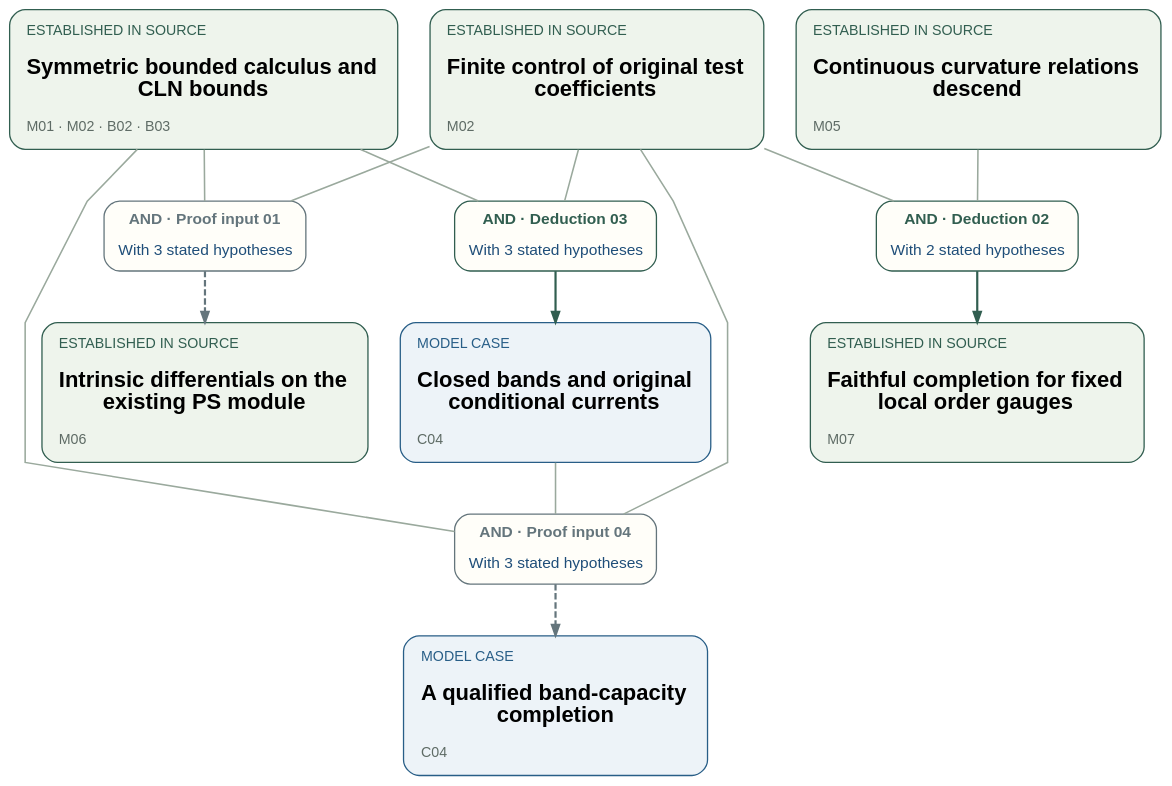
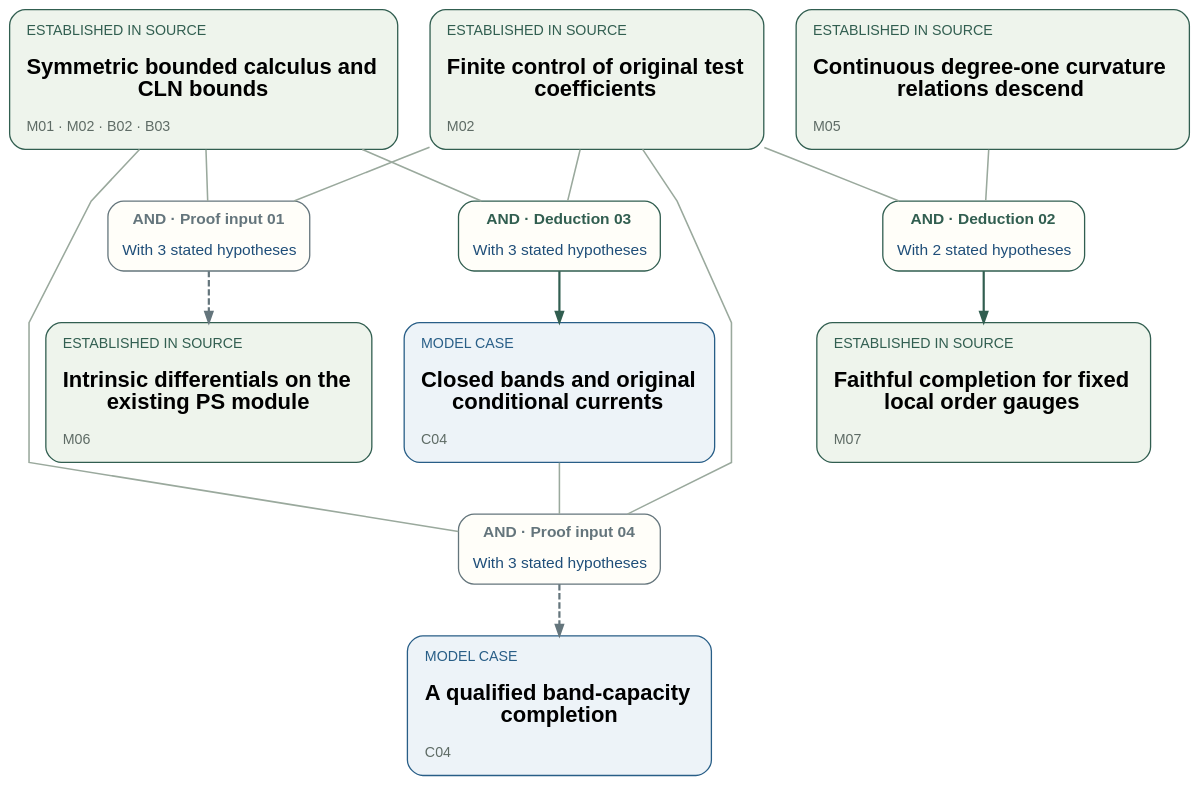
The diagram in content/bedford-taylor/logic-diagrams/bounded-calculus-and-relative-capacity-core-module-bands-panel.dot (DongKaicheng/math-research-atlas), drawn with Graphviz before and after one commit. The commit also changed 31 other files, not shown here.

First line of the commit message:
Add the overall Bedford–Taylor logical map

```diff
--- a/content/bedford-taylor/logic-diagrams/bounded-calculus-and-relative-capacity-core-module-bands-panel.dot
+++ b/content/bedford-taylor/logic-diagrams/bounded-calculus-and-relative-capacity-core-module-bands-panel.dot
@@ -4,7 +4,7 @@
 edge [fontname="Arial",fontsize=12,color="#315e50",penwidth=1.7,arrowsize=0.8];
 "n-core-coefficient-control" [id="bounded-calculus-and-relative-capacity-core-module-bands-panel-n-core-coefficient-control",label=<<TABLE BORDER="0" CELLBORDER="0" CELLSPACING="0" CELLPADDING="7"><TR><TD ALIGN="LEFT"><FONT POINT-SIZE="11" COLOR="#315e50">ESTABLISHED IN SOURCE</FONT></TD></TR><TR><TD ALIGN="LEFT"><FONT POINT-SIZE="17"><B>Finite control of original test<BR ALIGN="LEFT"/>coefficients</B></FONT></TD></TR><TR><TD ALIGN="LEFT"><FONT POINT-SIZE="11" COLOR="#5e6b65">M02</FONT></TD></TR></TABLE>>,color="#315e50",fillcolor="#eef4ec",URL="/math-research-atlas/projects/bedford-taylor/papers/bedford-taylor-products/#lem:finite-control",tooltip="A positive current has Radon coefficient measures. On each compact original test presentation, one positive trace controls all coefficient variations and bounded Borel multiplication. Positivity and the estimate survive actual moment refinements, including rank drops."];
 "n-core-bounded-calculus" [id="bounded-calculus-and-relative-capacity-core-module-bands-panel-n-core-bounded-calculus",label=<<TABLE BORDER="0" CELLBORDER="0" CELLSPACING="0" CELLPADDING="7"><TR><TD ALIGN="LEFT"><FONT POINT-SIZE="11" COLOR="#315e50">ESTABLISHED IN SOURCE</FONT></TD></TR><TR><TD ALIGN="LEFT"><FONT POINT-SIZE="17"><B>Symmetric bounded calculus and<BR ALIGN="LEFT"/>CLN bounds</B></FONT></TD></TR><TR><TD ALIGN="LEFT"><FONT POINT-SIZE="11" COLOR="#5e6b65">M01 · M02 · B02 · B03</FONT></TD></TR></TABLE>>,color="#315e50",fillcolor="#eef4ec",URL="/math-research-atlas/projects/bedford-taylor/papers/bedford-taylor-products/#cor:full-calculus",tooltip="Ordered products become symmetric in their potential slots, while retaining positivity, separate closedness, ordinary locality and weighted decreasing continuity. Relative CLN bounds control compact coefficient mass. This node does not yet assert that changing a potential while preserving its curvature leaves every background product unchanged."];
-"n-core-continuous-module" [id="bounded-calculus-and-relative-capacity-core-module-bands-panel-n-core-continuous-module",label=<<TABLE BORDER="0" CELLBORDER="0" CELLSPACING="0" CELLPADDING="7"><TR><TD ALIGN="LEFT"><FONT POINT-SIZE="11" COLOR="#315e50">ESTABLISHED IN SOURCE</FONT></TD></TR><TR><TD ALIGN="LEFT"><FONT POINT-SIZE="17"><B>Continuous curvature relations<BR ALIGN="LEFT"/>descend</B></FONT></TD></TR><TR><TD ALIGN="LEFT"><FONT POINT-SIZE="11" COLOR="#5e6b65">M05</FONT></TD></TR></TABLE>>,color="#315e50",fillcolor="#eef4ec",URL="/math-research-atlas/projects/bedford-taylor/papers/bedford-taylor-products/#thm:continuous-relations",tooltip="Finite continuous-coefficient relations between degree-one curvature currents remain relations after inserting a fixed positive closed background. Applying this one slot at a time gives a well-defined positive symmetric mixed operation on the continuous curvature module."];
+"n-core-continuous-module" [id="bounded-calculus-and-relative-capacity-core-module-bands-panel-n-core-continuous-module",label=<<TABLE BORDER="0" CELLBORDER="0" CELLSPACING="0" CELLPADDING="7"><TR><TD ALIGN="LEFT"><FONT POINT-SIZE="11" COLOR="#315e50">ESTABLISHED IN SOURCE</FONT></TD></TR><TR><TD ALIGN="LEFT"><FONT POINT-SIZE="17"><B>Continuous degree-one curvature<BR ALIGN="LEFT"/>relations descend</B></FONT></TD></TR><TR><TD ALIGN="LEFT"><FONT POINT-SIZE="11" COLOR="#5e6b65">M05</FONT></TD></TR></TABLE>>,color="#315e50",fillcolor="#eef4ec",URL="/math-research-atlas/projects/bedford-taylor/papers/bedford-taylor-products/#thm:continuous-relations",tooltip="Finite continuous-coefficient relations between degree-one curvature currents remain relations after inserting a fixed positive closed background. Applying this one slot at a time gives a well-defined positive symmetric mixed operation on the continuous curvature module."];
 "n-core-pws-module" [id="bounded-calculus-and-relative-capacity-core-module-bands-panel-n-core-pws-module",label=<<TABLE BORDER="0" CELLBORDER="0" CELLSPACING="0" CELLPADDING="7"><TR><TD ALIGN="LEFT"><FONT POINT-SIZE="11" COLOR="#315e50">ESTABLISHED IN SOURCE</FONT></TD></TR><TR><TD ALIGN="LEFT"><FONT POINT-SIZE="17"><B>Intrinsic differentials on the<BR ALIGN="LEFT"/>existing PS module</B></FONT></TD></TR><TR><TD ALIGN="LEFT"><FONT POINT-SIZE="11" COLOR="#5e6b65">M06</FONT></TD></TR></TABLE>>,color="#315e50",fillcolor="#eef4ec",URL="/math-research-atlas/projects/bedford-taylor/sources/view/cf8ed88e70d3/#thm:r10-pws-derivative-radon-closure",tooltip="Finite actual tangentially compatible piecewise-smooth coefficients times allowed closed currents have intrinsic coefficient-Radon derivatives. The corrected bounded-potential insertion agrees with inserting into each closed tail, is independent of the chosen presentation, and retains the stated differential and symmetry identities. General higher delta-form relation descent is not included."];
 "n-core-order-completion" [id="bounded-calculus-and-relative-capacity-core-module-bands-panel-n-core-order-completion",label=<<TABLE BORDER="0" CELLBORDER="0" CELLSPACING="0" CELLPADDING="7"><TR><TD ALIGN="LEFT"><FONT POINT-SIZE="11" COLOR="#315e50">ESTABLISHED IN SOURCE</FONT></TD></TR><TR><TD ALIGN="LEFT"><FONT POINT-SIZE="17"><B>Faithful completion for fixed<BR ALIGN="LEFT"/>local order gauges</B></FONT></TD></TR><TR><TD ALIGN="LEFT"><FONT POINT-SIZE="11" COLOR="#5e6b65">M07</FONT></TD></TR></TABLE>>,color="#315e50",fillcolor="#eef4ec",URL="/math-research-atlas/projects/bedford-taylor/papers/bedford-taylor-products/#thm:faithful-order",tooltip="Completing the continuous curvature module in fixed positive local gauges gives faithful actual coefficient-Radon currents and a unique local positive order-continuous mixed action. Different controls are reconciled by a common sum. This completion is a specified subspace, with no identification with all positive currents or the strong first-energy space."];
 "n-core-parameter-bands" [id="bounded-calculus-and-relative-capacity-core-module-bands-panel-n-core-parameter-bands",label=<<TABLE BORDER="0" CELLBORDER="0" CELLSPACING="0" CELLPADDING="7"><TR><TD ALIGN="LEFT"><FONT POINT-SIZE="11" COLOR="#285e87">MODEL CASE</FONT></TD></TR><TR><TD ALIGN="LEFT"><FONT POINT-SIZE="17"><B>Closed bands and original<BR ALIGN="LEFT"/>conditional currents</B></FONT></TD></TR><TR><TD ALIGN="LEFT"><FONT POINT-SIZE="11" COLOR="#5e6b65">C04</FONT></TD></TR></TABLE>>,color="#285e87",fillcolor="#edf3f8",URL="/math-research-atlas/projects/bedford-taylor/sources/view/3dbfb9a22e8d/#thm:r12-closed-parameter-bands",tooltip="When all parameter differentials annihilate the background, Borel parameter restrictions stay separately closed and commute with bounded BT insertion. On a second-countable ordinary domain they disintegrate into conditional currents on the original analytic space, with one exceptional set for all original tests and refinements."];
```
